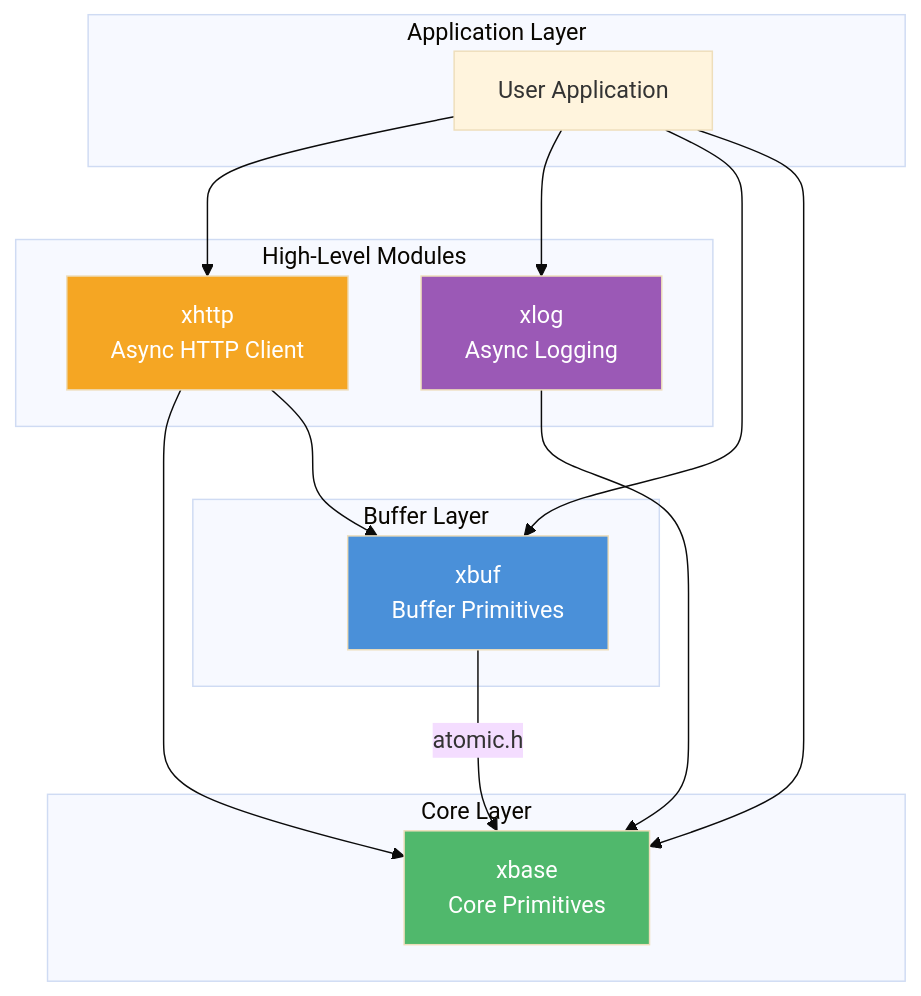
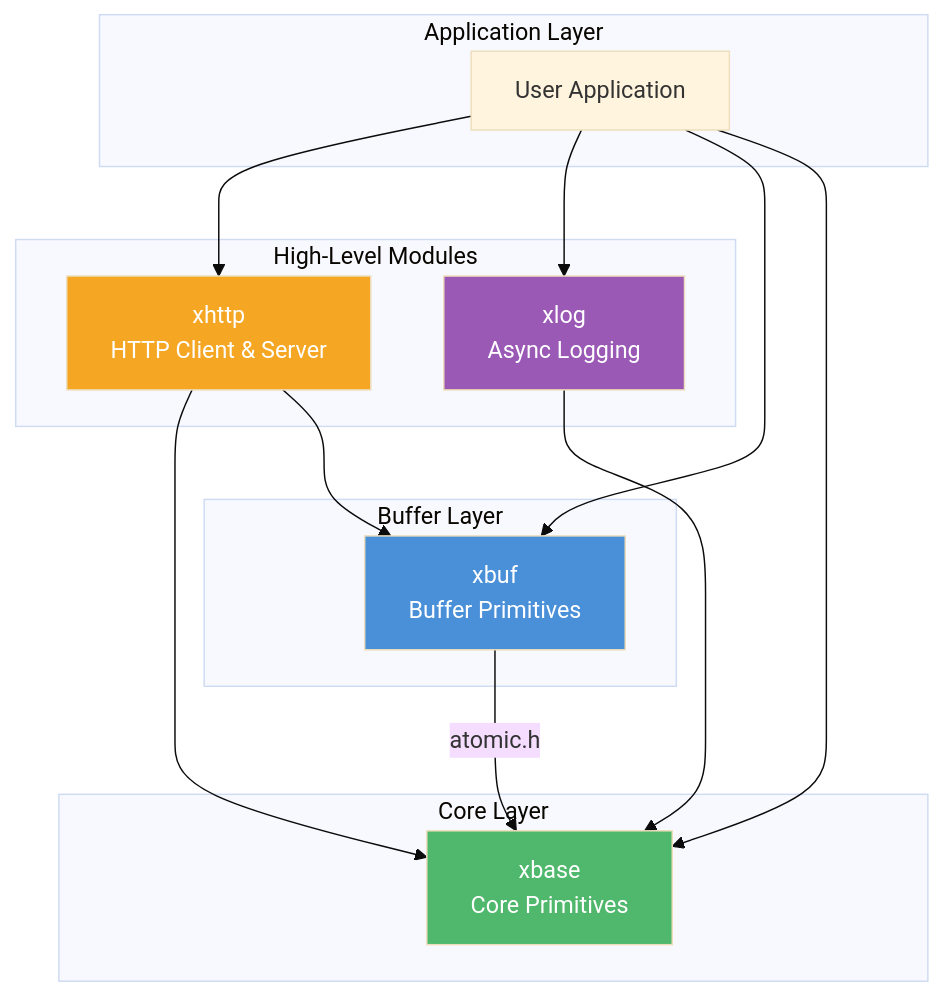
The first of 2 diagrams in docs/README.md (mivinci/DownloadKit), drawn with Mermaid (base theme) before and after one commit. The commit also changed other lines of this file and 1 other file, not shown here.

Commit message:
ci: skip tests for non-code changes; docs: update README for server/ws/tls

````diff
--- a/docs/README.md
+++ b/docs/README.md
@@ -10,33 +10,33 @@
 ```mermaid
 graph TD
     subgraph "Application Layer"
         APP["User Application"]
     end
 
     subgraph "High-Level Modules"
-        XHTTP["xhttp<br/>Async HTTP Client"]
+        XHTTP["xhttp<br/>HTTP Client &amp; Server"]
         XLOG["xlog<br/>Async Logging"]
     end
 
     subgraph "Buffer Layer"
         XBUF["xbuf<br/>Buffer Primitives"]
     end
 
     subgraph "Core Layer"
         XBASE["xbase<br/>Core Primitives"]
     end
 
     APP --> XHTTP
     APP --> XLOG
     APP --> XBUF
     APP --> XBASE
     XHTTP --> XBASE
     XHTTP --> XBUF
     XLOG --> XBASE
     XBUF -->|"atomic.h"| XBASE
 
     style XBASE fill:#50b86c,color:#fff
     style XBUF fill:#4a90d9,color:#fff
     style XHTTP fill:#f5a623,color:#fff
     style XLOG fill:#9b59b6,color:#fff
 ```
````
